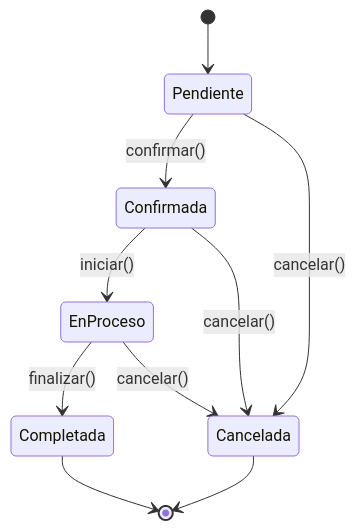
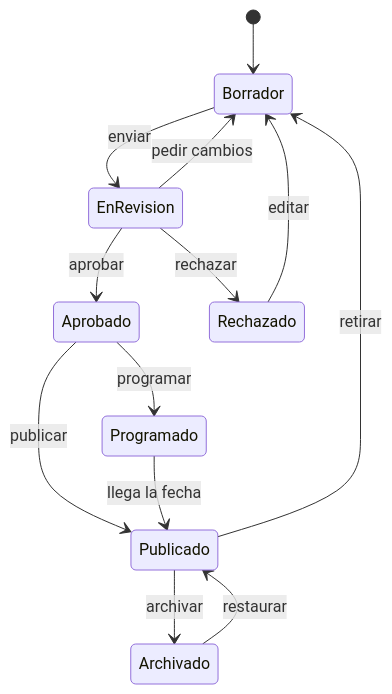
Before and after one commit to djaimej/computer-science-template: the diagram in public/documents/semester-6/1/6145.md, drawn with Mermaid. The commit also changed other lines of this file and 7 other files, not shown here.

````diff
--- a/public/documents/semester-6/1/6145.md
+++ b/public/documents/semester-6/1/6145.md
@@ -113,12 +33,15 @@
 ```mermaid
 stateDiagram-v2
-    [*] --> Pendiente
-    Pendiente --> Confirmada : confirmar()
-    Pendiente --> Cancelada : cancelar()
-    Confirmada --> EnProceso : iniciar()
-    EnProceso --> Completada : finalizar()
-    EnProceso --> Cancelada : cancelar()
-    Confirmada --> Cancelada : cancelar()
-    Completada --> [*]
-    Cancelada --> [*]
+    [*] --> Borrador
+    Borrador --> EnRevision: enviar
+    EnRevision --> Aprobado: aprobar
+    EnRevision --> Rechazado: rechazar
+    EnRevision --> Borrador: pedir cambios
+    Rechazado --> Borrador: editar
+    Aprobado --> Publicado: publicar
+    Aprobado --> Programado: programar
+    Programado --> Publicado: llega la fecha
+    Publicado --> Archivado: archivar
+    Publicado --> Borrador: retirar
+    Archivado --> Publicado: restaurar
 ```
````
